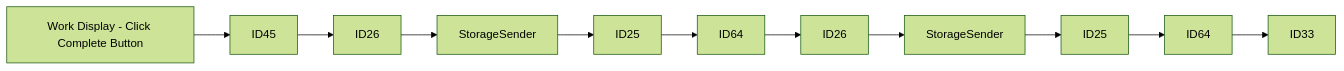
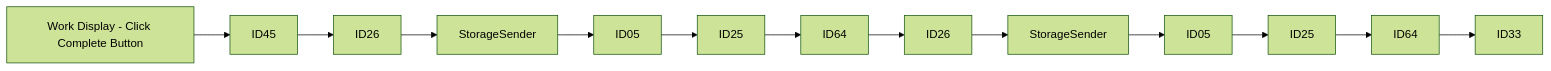
The third of 22 diagrams in Basic-Design/DFD-WMS/Inventory-Check/Inventory-Check-from-Ambient-Area.md (luthfiadityaa/SimeDarby-Wiki), drawn with Mermaid (forest theme) before and after one commit. The commit also changed other lines of this file, not shown here.

Commit message:
Updated Inventory Check from Ambient Area

```diff
--- a/Basic-Design/DFD-WMS/Inventory-Check/Inventory-Check-from-Ambient-Area.md
+++ b/Basic-Design/DFD-WMS/Inventory-Check/Inventory-Check-from-Ambient-Area.md
@@ -25,5 +25,5 @@
 ::: mermaid
 flowchart LR
   
-P1[Work Display - Click Complete Button]-->P2[ID45]-->P3[ID26]-->P4[StorageSender]-->P5[ID25]-->P6[ID64]-->P7[ID26]-->P8[StorageSender]-->P9[ID25]-->P10[ID64]-->P11[ID33]
+P1[Work Display - Click Complete Button]-->P2[ID45]-->P3[ID26]-->P4[StorageSender]-->P5[ID05]-->P6[ID25]-->P7[ID64]-->P8[ID26]-->P9[StorageSender]-->P10[ID05]-->P11[ID25]-->P12[ID64]-->P13[ID33]
 :::
```
